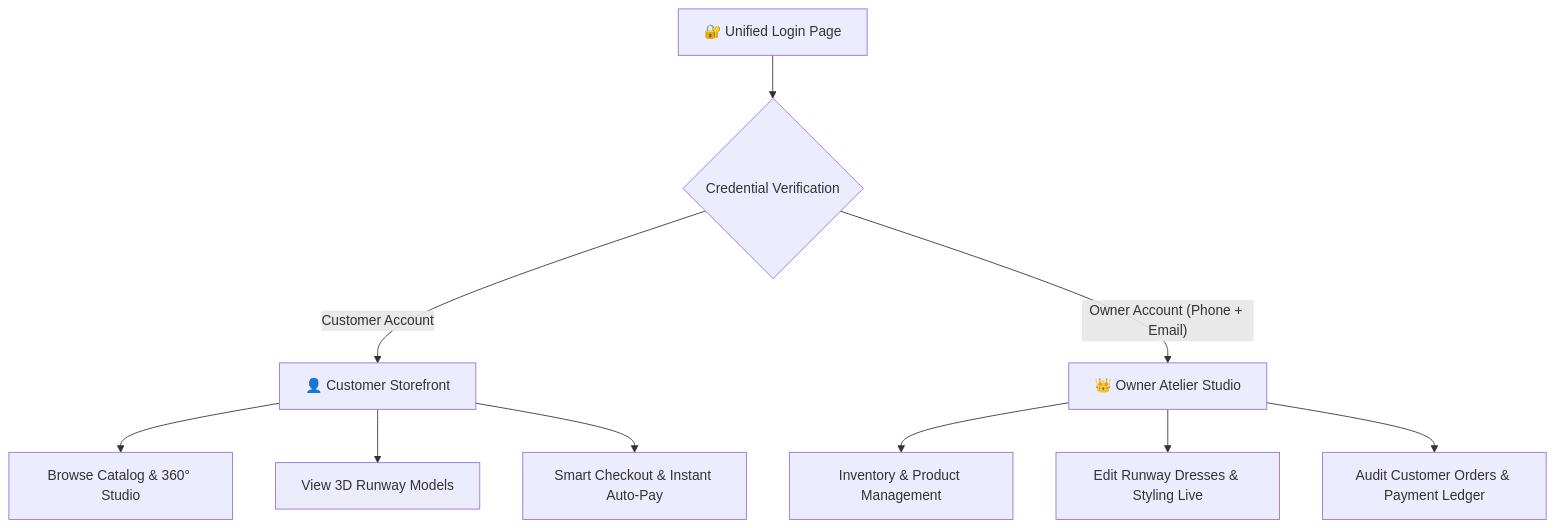
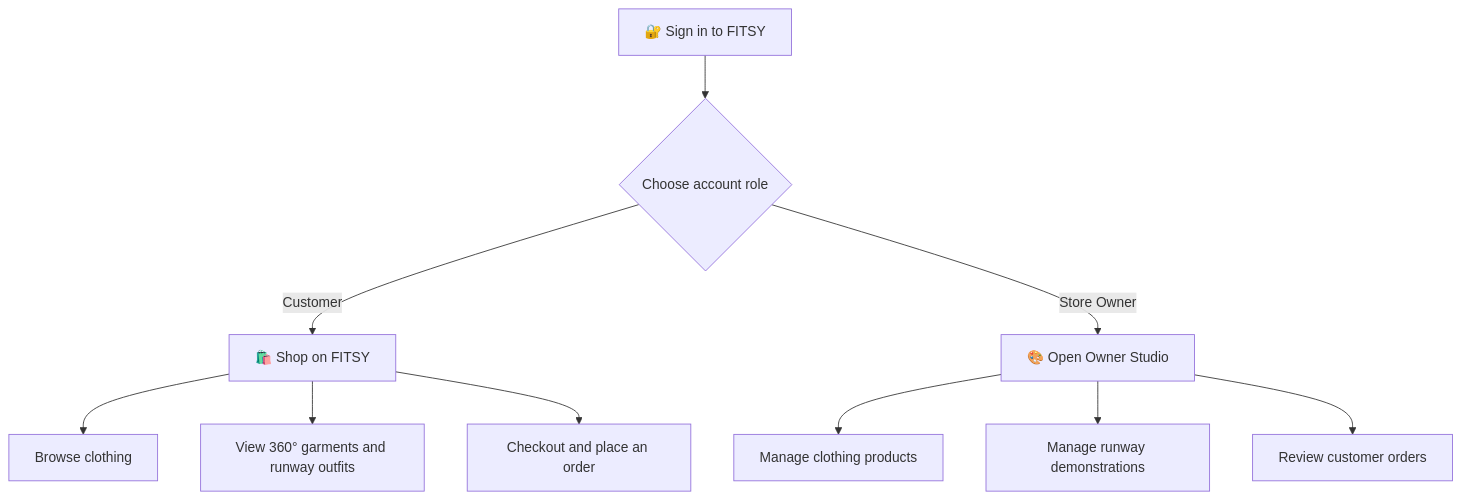
Before and after one commit to pvenkatagowthamsai-dot/FSFE_PROJECT: the third of 3 diagrams in README.md, drawn with Mermaid. The commit also changed other lines of this file, not shown here.

````diff
--- a/README.md
+++ b/README.md
@@ -75,13 +89,14 @@
 ```mermaid
 flowchart TD
-    Login["🔐 Unified Login Page"] --> Check{"Credential Verification"}
-    
-    Check -->|"Customer Account"| Cust["👤 Customer Storefront"]
-    Cust --> C1["Browse Catalog & 360° Studio"]
-    Cust --> C2["View 3D Runway Models"]
-    Cust --> C3["Smart Checkout & Instant Auto-Pay"]
-    Check -->|"Owner Account (Phone + Email)"| Owner["👑 Owner Atelier Studio"]
-    Owner --> O1["Inventory & Product Management"]
-    Owner --> O2["Edit Runway Dresses & Styling Live"]
-    Owner --> O3["Audit Customer Orders & Payment Ledger"]
+    Login["🔐 Sign in to FITSY"] --> Role{"Choose account role"}
+
+    Role -->|"Customer"| Customer["🛍️ Shop on FITSY"]
+    Customer --> Browse["Browse clothing"]
+    Customer --> Style["View 360° garments and runway outfits"]
+    Customer --> Buy["Checkout and place an order"]
+
+    Role -->|"Store Owner"| Owner["🎨 Open Owner Studio"]
+    Owner --> Products["Manage clothing products"]
+    Owner --> Runway["Manage runway demonstrations"]
+    Owner --> Orders["Review customer orders"]
 ```
````
